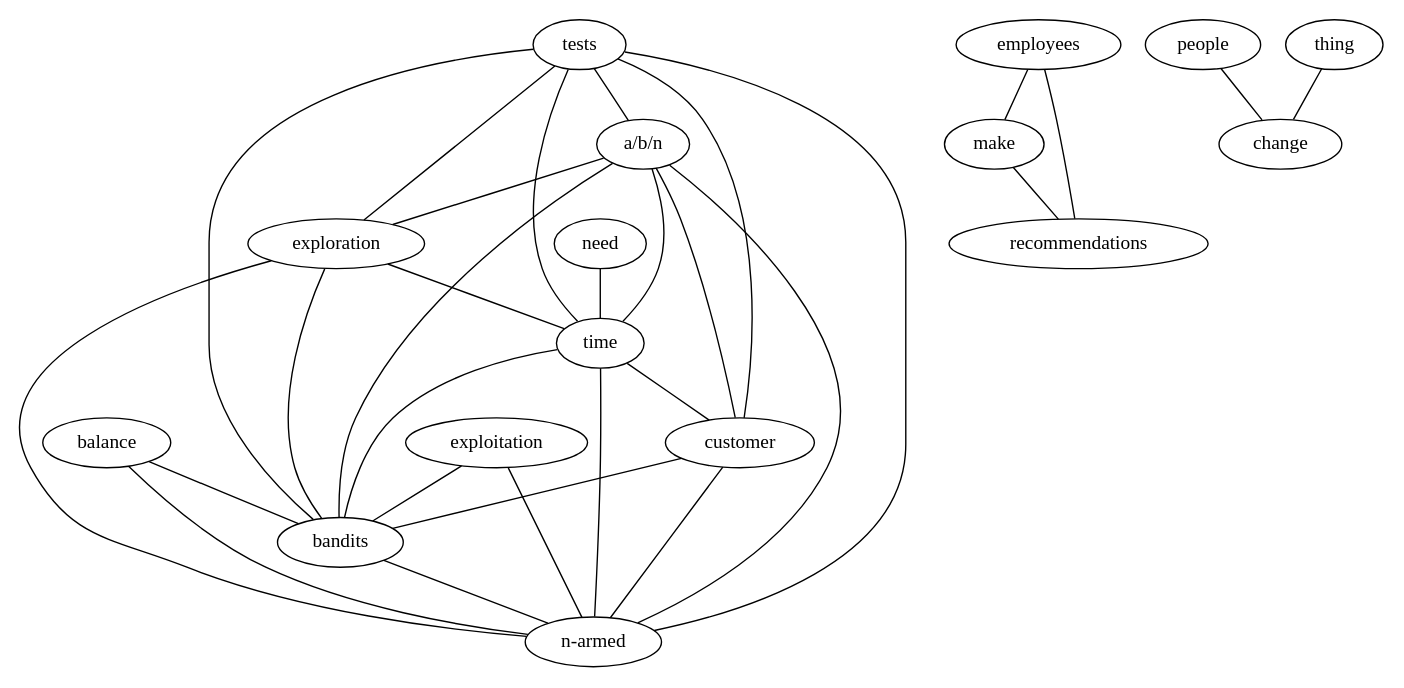
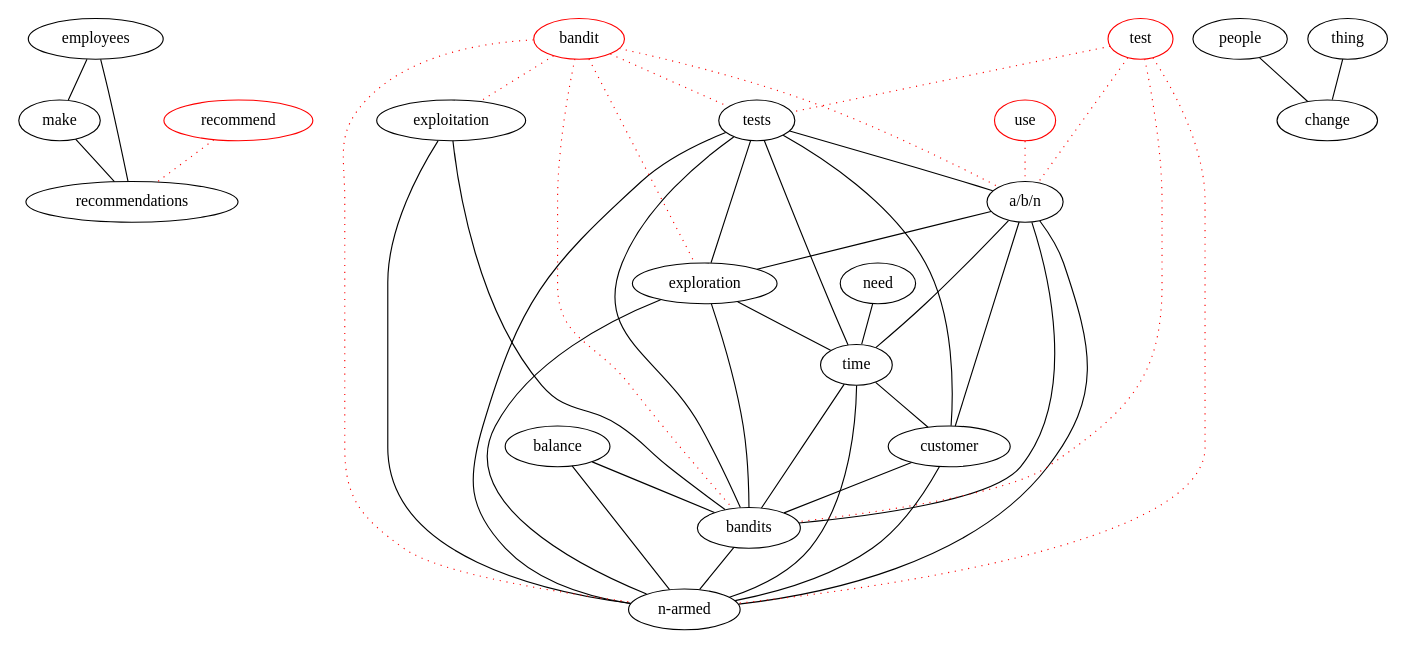
Before and after one commit to michaelweiss/keygraph: the diagram in dot/actions.dot, drawn with Graphviz. The commit also changed 2 other files, not shown here.

```diff
--- a/dot/actions.dot
+++ b/dot/actions.dot
@@ -1,33 +1,65 @@
 graph keygraph {
 graph [size="10,10"]
+make [color="black"]
+recommendations [color="black"]
+exploitation [color="black"]
+need [color="black"]
+time [color="black"]
+people [color="black"]
+change [color="black"]
+customer [color="black"]
+balance [color="black"]
+"a/b/n" [color="black"]
+thing [color="black"]
+"n-armed" [color="black"]
+exploration [color="black"]
+bandits [color="black"]
+tests [color="black"]
+employees [color="black"]
+recommend [color="red"]
+bandit [color="red"]
+test [color="red"]
+use [color="red"]
 balance--bandits
 balance--"n-armed"
 employees--make
 employees--recommendations
 make--recommendations
 tests--exploration
 tests--time
 tests--customer
 "a/b/n"--exploration
 "a/b/n"--time
 "a/b/n"--customer
 people--change
 exploration--time
 need--time
 time--bandits
 time--"n-armed"
 customer--bandits
 customer--"n-armed"
 thing--change
 exploitation--bandits
 exploitation--"n-armed"
 exploration--bandits
 exploration--"n-armed"
 time--customer
 tests--"a/b/n"
 tests--bandits
 tests--"n-armed"
 "a/b/n"--bandits
 "a/b/n"--"n-armed"
 bandits--"n-armed"
+recommend--recommendations [color="red", style="dotted"]
+use--"a/b/n" [color="red", style="dotted"]
+bandit--exploitation [color="red", style="dotted"]
+bandit--exploration [color="red", style="dotted"]
+test--tests [color="red", style="dotted"]
+test--bandits [color="red", style="dotted"]
+test--"n-armed" [color="red", style="dotted"]
+bandit--tests [color="red", style="dotted"]
+bandit--"a/b/n" [color="red", style="dotted"]
+test--"a/b/n" [color="red", style="dotted"]
+bandit--bandits [color="red", style="dotted"]
+bandit--"n-armed" [color="red", style="dotted"]
 }
```
